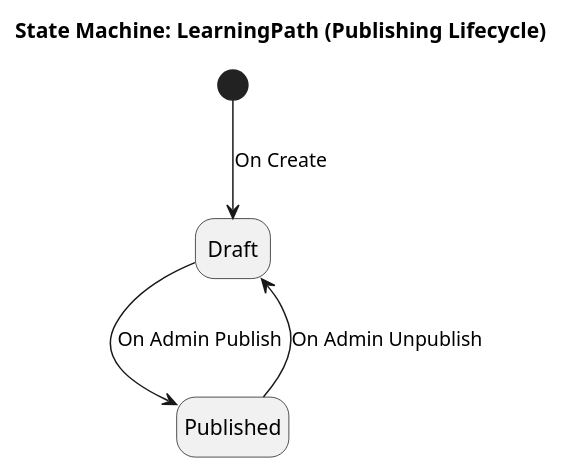
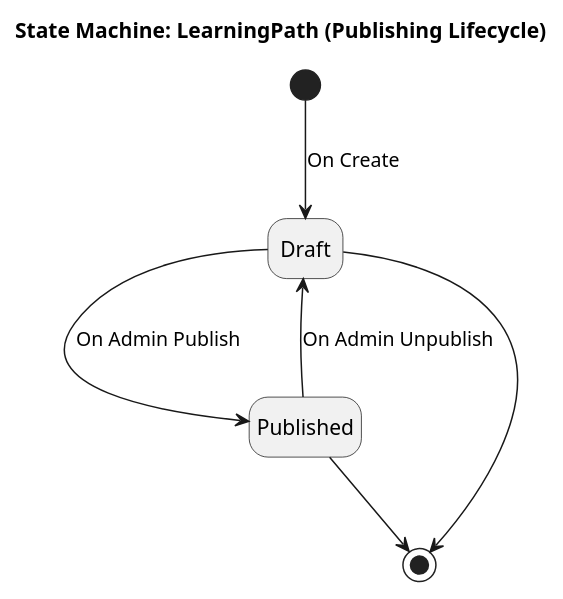
Before and after one commit to FA25SE050-RogueLearn/RogueLearn.BMAD.Documentation: the diagram in docs/srs/diagrams/state-machines/quest-services/learning-path-state-machine.puml, drawn with PlantUML. The commit also changed 8 other files, not shown here.

Commit message:
update diagrams

```diff
--- a/docs/srs/diagrams/state-machines/quest-services/learning-path-state-machine.puml
+++ b/docs/srs/diagrams/state-machines/quest-services/learning-path-state-machine.puml
@@ -2,14 +2,16 @@
 @startuml
 title "State Machine: LearningPath (Publishing Lifecycle)"
 hide empty description
 
 [*] --> Draft : On Create
 
 state Draft
-
 state Published
 
 Draft --> Published : On Admin Publish
 Published --> Draft : On Admin Unpublish
 
+Draft --> [*]
+Published --> [*]
+
 @enduml
```
